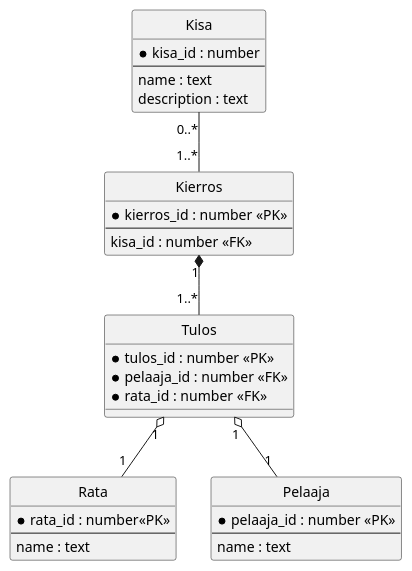
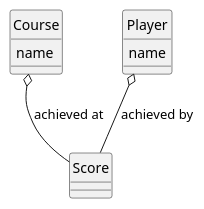
Before and after one commit to jrintamaki/PWP: the diagram in diagrammi.pu, drawn with PlantUML.

Commit message:
Fix DL1 diagram

```diff
--- a/diagrammi.pu
+++ b/diagrammi.pu
@@ -1,40 +1,18 @@
 @startuml
 hide circle
 
-entity "Kisa" as kisa {
-  *kisa_id : number
-  --
-  name : text
-  description : text
+entity "Score" as score {
 }
 
-entity "Kierros" as kierros {
-  *kierros_id : number <<PK>>
-  --
-  kisa_id : number <<FK>>
+entity "Course" as course {
+  name
 }
 
-entity "Tulos" as tulos {
-  *tulos_id : number <<PK>>
-  *pelaaja_id : number <<FK>>
-  *rata_id : number <<FK>>
+entity "Player" as player {
+  name
 }
 
-entity "Rata" as rata {
-  *rata_id : number<<PK>>
-  --
-  name : text
-}
-
-entity "Pelaaja" as pelaaja {
-  *pelaaja_id : number <<PK>>
-  --
-  name : text
-}
-
-kisa "0..*" -- "1..*" kierros
-kierros "1" *-- "1..*" tulos
-tulos "1" o-- "1" pelaaja
-tulos "1" o-- "1" rata
+player  o--  score : achieved by
+course  o--  score : achieved at
 
 @enduml
```
